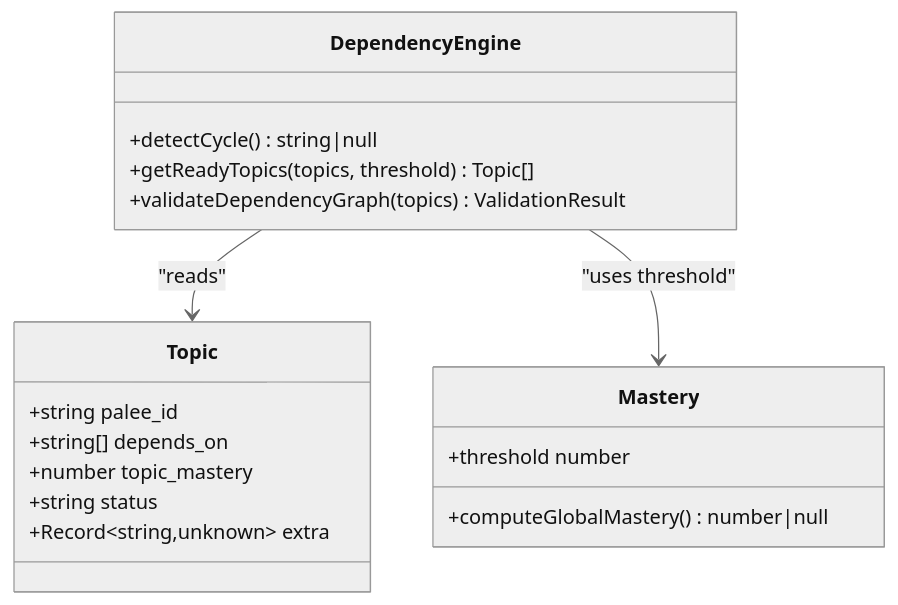
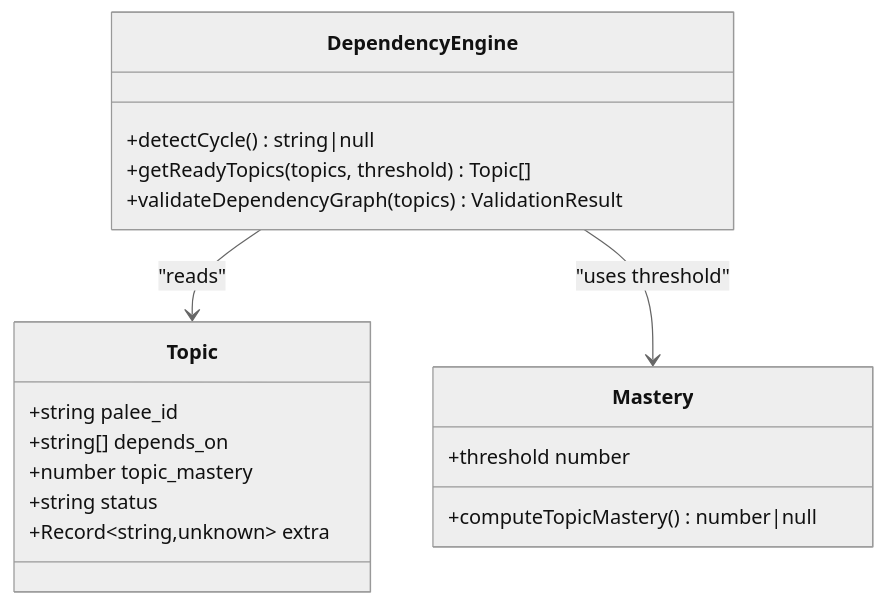
The seventh of 12 diagrams in Architecture Decision Records/Architecture Decision Records.md (Kuldeep2822k/palee-architecture), drawn with Mermaid (neutral theme) before and after one commit. The commit also changed other lines of this file and 8 other files, not shown here.

Commit message:
docs(adr): fix lifecycle statuses, stale-temp order and planning diagrams

````diff
--- a/Architecture Decision Records/Architecture Decision Records.md
+++ b/Architecture Decision Records/Architecture Decision Records.md
@@ -275,24 +275,24 @@
 ```mermaid
 classDiagram
     class Topic {
         +string palee_id
         +string[] depends_on
         +number topic_mastery
         +string status
         +Record~string,unknown~ extra
     }
 
     class DependencyEngine {
         +detectCycle() string|null
         +getReadyTopics(topics, threshold) Topic[]
         +validateDependencyGraph(topics) ValidationResult
     }
 
     class Mastery {
         +threshold number
-        +computeGlobalMastery() number|null
+        +computeTopicMastery() number|null
     }
 
     DependencyEngine --> Topic : "reads"
     DependencyEngine --> Mastery : "uses threshold"
 ```
````
